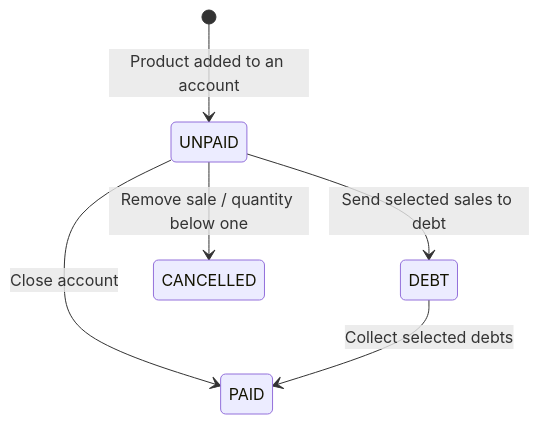
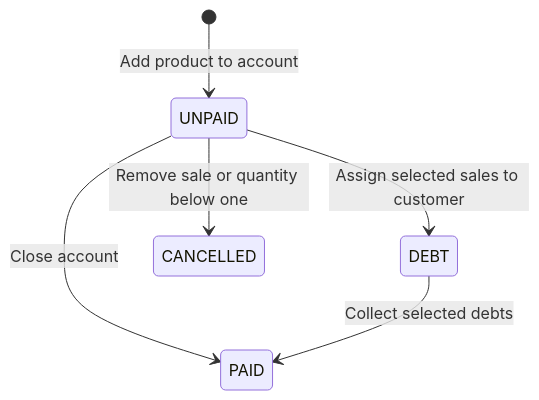
One commit to lm-vicente-j/comal-core changed the diagram in docs/business-rules.md. Above: the diagram before and after it, drawn with Mermaid. The commit also changed other lines of this file and 20 other files, not shown here.

````diff
--- a/docs/business-rules.md
+++ b/docs/business-rules.md
@@ -83,8 +93,8 @@
 ```mermaid
 stateDiagram-v2
-    [*] --> UNPAID: Product added to an account
+    [*] --> UNPAID: Add product to account
     UNPAID --> PAID: Close account
-    UNPAID --> DEBT: Send selected sales to debt
-    UNPAID --> CANCELLED: Remove sale / quantity below one
+    UNPAID --> DEBT: Assign selected sales to customer
+    UNPAID --> CANCELLED: Remove sale or quantity below one
     DEBT --> PAID: Collect selected debts
 ```
````
